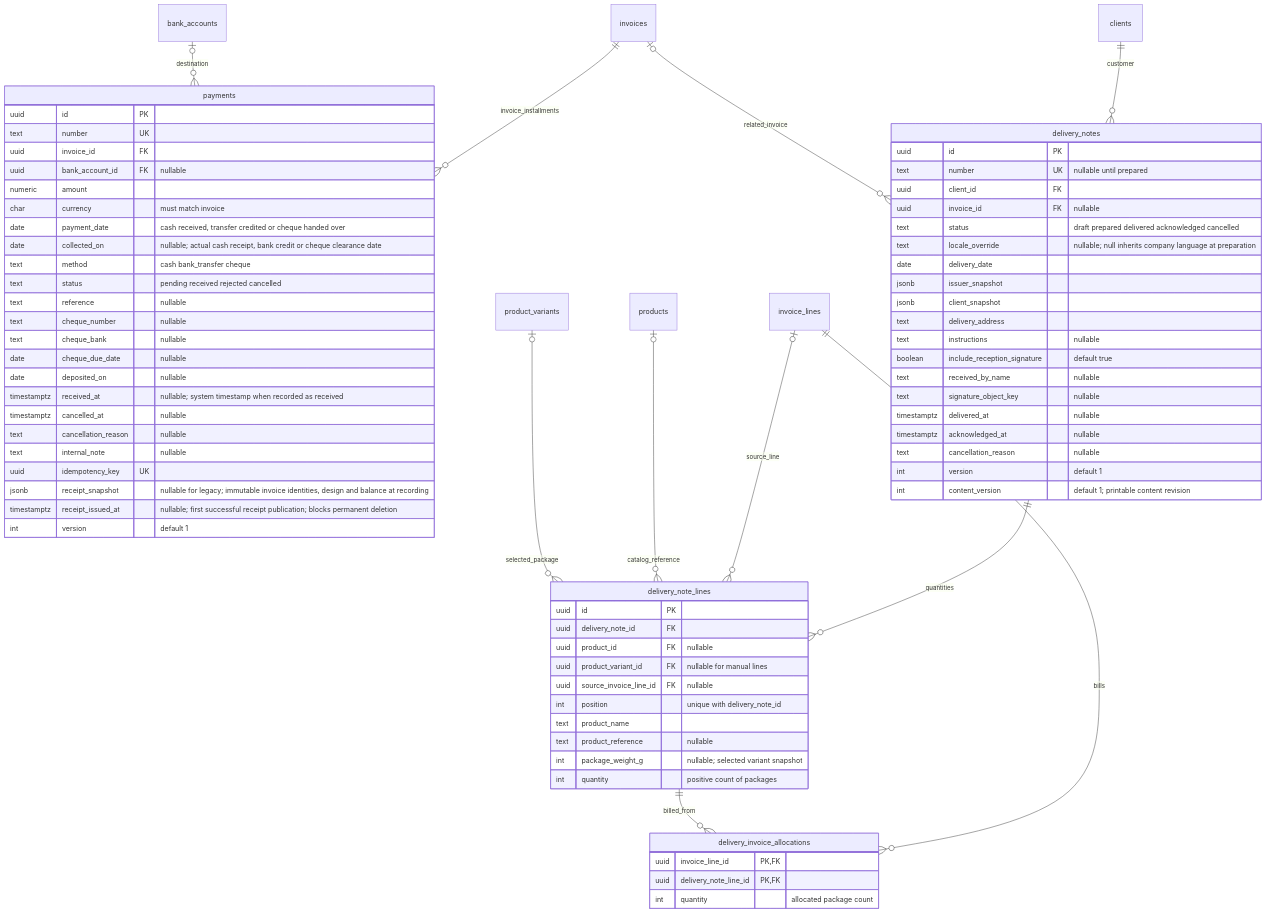
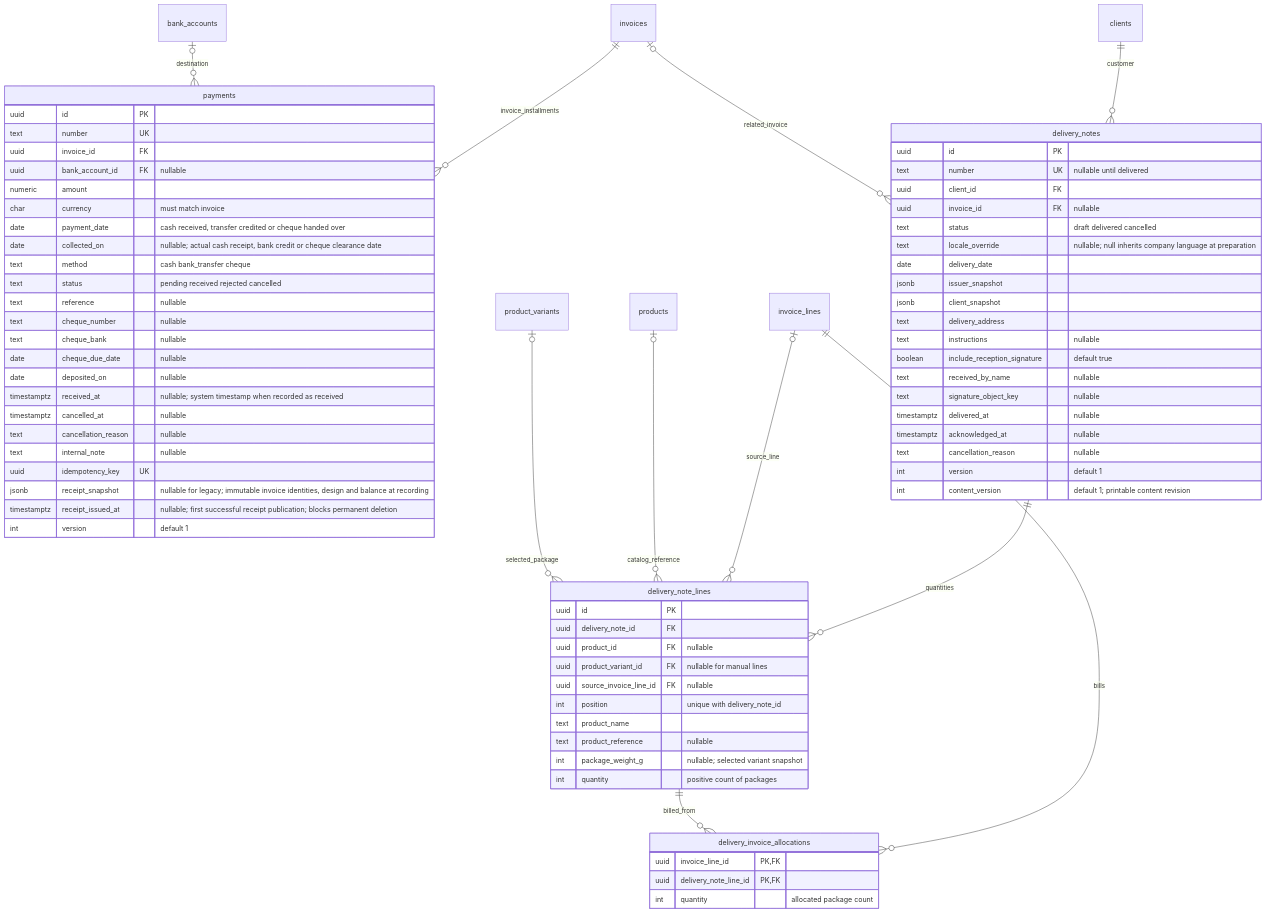
The ninth of 11 diagrams in docs/database-schema-design.md (bamoya/slama-finance), drawn with Mermaid before and after one commit. The commit also changed other lines of this file and 61 other files, not shown here.

````diff
--- a/docs/database-schema-design.md
+++ b/docs/database-schema-design.md
@@ -649,76 +649,76 @@
 ```mermaid
 erDiagram
     invoices ||--o{ payments : invoice_installments
     bank_accounts o|--o{ payments : destination
     clients ||--o{ delivery_notes : customer
     invoices o|--o{ delivery_notes : related_invoice
     delivery_notes ||--o{ delivery_note_lines : quantities
     invoice_lines o|--o{ delivery_note_lines : source_line
     products o|--o{ delivery_note_lines : catalog_reference
     product_variants o|--o{ delivery_note_lines : selected_package
     payments {
         uuid id PK
         text number UK
         uuid invoice_id FK
         uuid bank_account_id FK "nullable"
         numeric amount
         char currency "must match invoice"
         date payment_date "cash received, transfer credited or cheque handed over"
         date collected_on "nullable; actual cash receipt, bank credit or cheque clearance date"
         text method "cash bank_transfer cheque"
         text status "pending received rejected cancelled"
         text reference "nullable"
         text cheque_number "nullable"
         text cheque_bank "nullable"
         date cheque_due_date "nullable"
         date deposited_on "nullable"
         timestamptz received_at "nullable; system timestamp when recorded as received"
         timestamptz cancelled_at "nullable"
         text cancellation_reason "nullable"
         text internal_note "nullable"
         uuid idempotency_key UK
         jsonb receipt_snapshot "nullable for legacy; immutable invoice identities, design and balance at recording"
         timestamptz receipt_issued_at "nullable; first successful receipt publication; blocks permanent deletion"
         int version "default 1"
     }
     delivery_notes {
         uuid id PK
-        text number UK "nullable until prepared"
+        text number UK "nullable until delivered"
         uuid client_id FK
         uuid invoice_id FK "nullable"
-        text status "draft prepared delivered acknowledged cancelled"
+        text status "draft delivered cancelled"
         text locale_override "nullable; null inherits company language at preparation"
         date delivery_date
         jsonb issuer_snapshot
         jsonb client_snapshot
         text delivery_address
         text instructions "nullable"
         boolean include_reception_signature "default true"
         text received_by_name "nullable"
         text signature_object_key "nullable"
         timestamptz delivered_at "nullable"
         timestamptz acknowledged_at "nullable"
         text cancellation_reason "nullable"
         int version "default 1"
         int content_version "default 1; printable content revision"
     }
     delivery_note_lines {
         uuid id PK
         uuid delivery_note_id FK
         uuid product_id FK "nullable"
         uuid product_variant_id FK "nullable for manual lines"
         uuid source_invoice_line_id FK "nullable"
         int position "unique with delivery_note_id"
         text product_name
         text product_reference "nullable"
         int package_weight_g "nullable; selected variant snapshot"
         int quantity "positive count of packages"
     }
     delivery_invoice_allocations {
         uuid invoice_line_id PK, FK
         uuid delivery_note_line_id PK, FK
         int quantity "allocated package count"
     }
     invoice_lines ||--o{ delivery_invoice_allocations : bills
     delivery_note_lines ||--o{ delivery_invoice_allocations : billed_from
 ```
````
